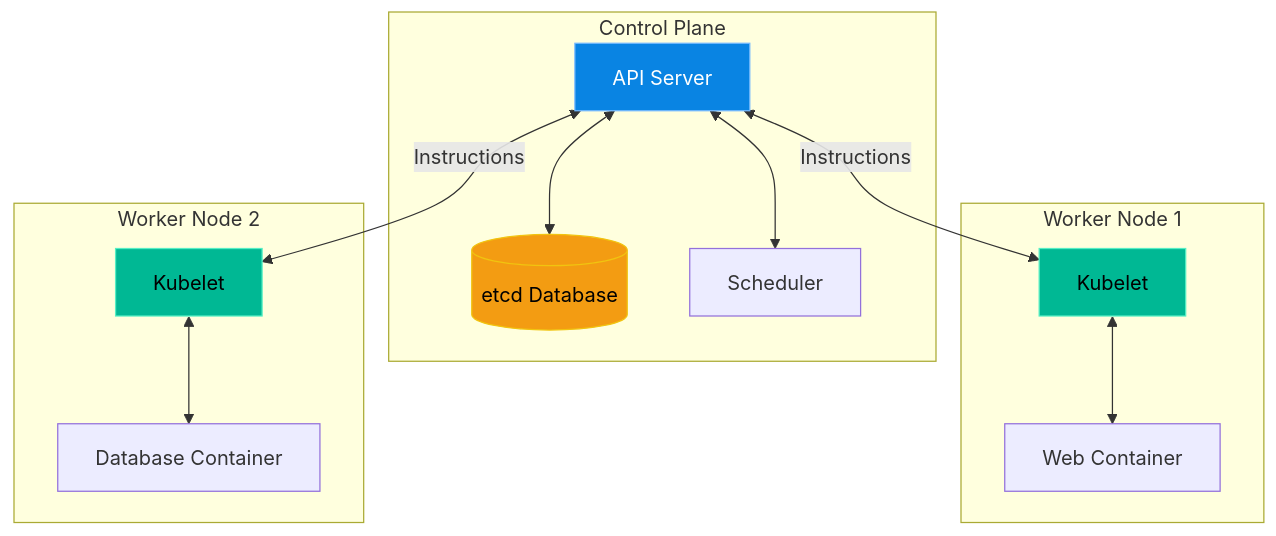
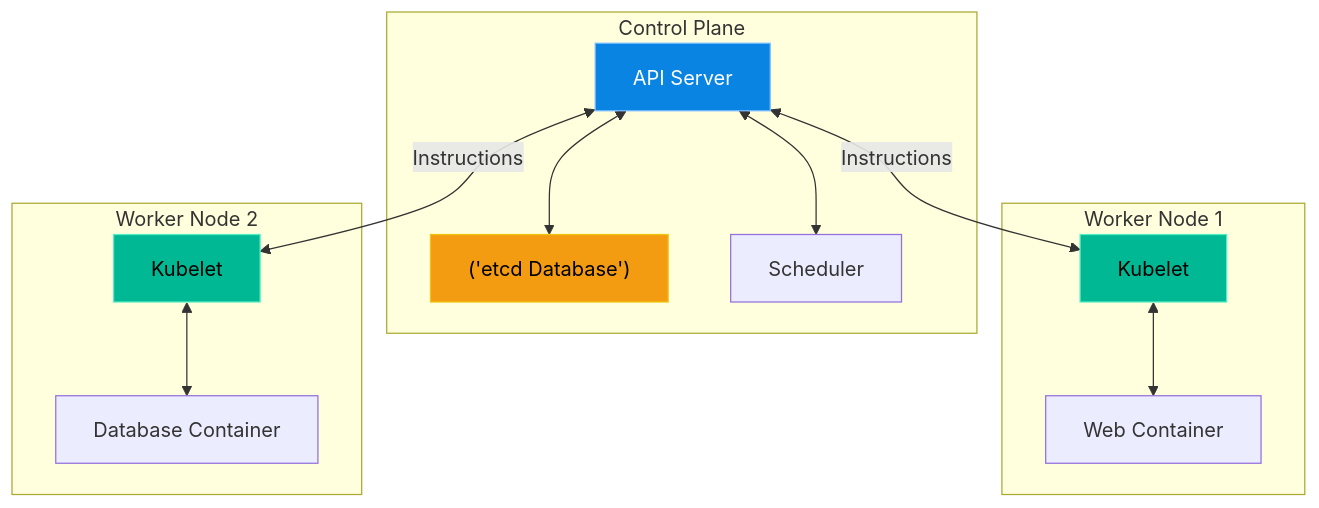
Before and after one commit to laxya911/linux-support-engineer-master-handbook: the diagram in volumes/volume-04-enterprise-infrastructure/chapters/V4-C01-k8s-architecture.md, drawn with Mermaid. The commit also changed 101 other files, not shown here.

Commit message:
Fix mermaid syntax across all chapters

````diff
--- a/volumes/volume-04-enterprise-infrastructure/chapters/V4-C01-k8s-architecture.md
+++ b/volumes/volume-04-enterprise-infrastructure/chapters/V4-C01-k8s-architecture.md
@@ -44,30 +44,30 @@
 ```mermaid
 flowchart TD
     subgraph Control Plane
-        A[API Server]
-        B[(etcd Database)]
-        C[Scheduler]
+        A["API Server"]
+        B["('etcd Database')"]
+        C["Scheduler"]
         A <--> B
         A <--> C
     end
     
     subgraph Worker Node 1
-        D[Kubelet]
-        E[Web Container]
+        D["Kubelet"]
+        E["Web Container"]
         D <--> E
     end
 
     subgraph Worker Node 2
-        F[Kubelet]
-        G[Database Container]
+        F["Kubelet"]
+        G["Database Container"]
         F <--> G
     end
     
-    A <-->|Instructions| D
-    A <-->|Instructions| F
+    A <-->|"Instructions"| D
+    A <-->|"Instructions"| F
     
     style A fill:#0984e3,stroke:#74b9ff,color:#fff
     style B fill:#f39c12,stroke:#f1c40f,color:#000
     style D fill:#00b894,stroke:#55efc4,color:#000
     style F fill:#00b894,stroke:#55efc4,color:#000
 ```
````
